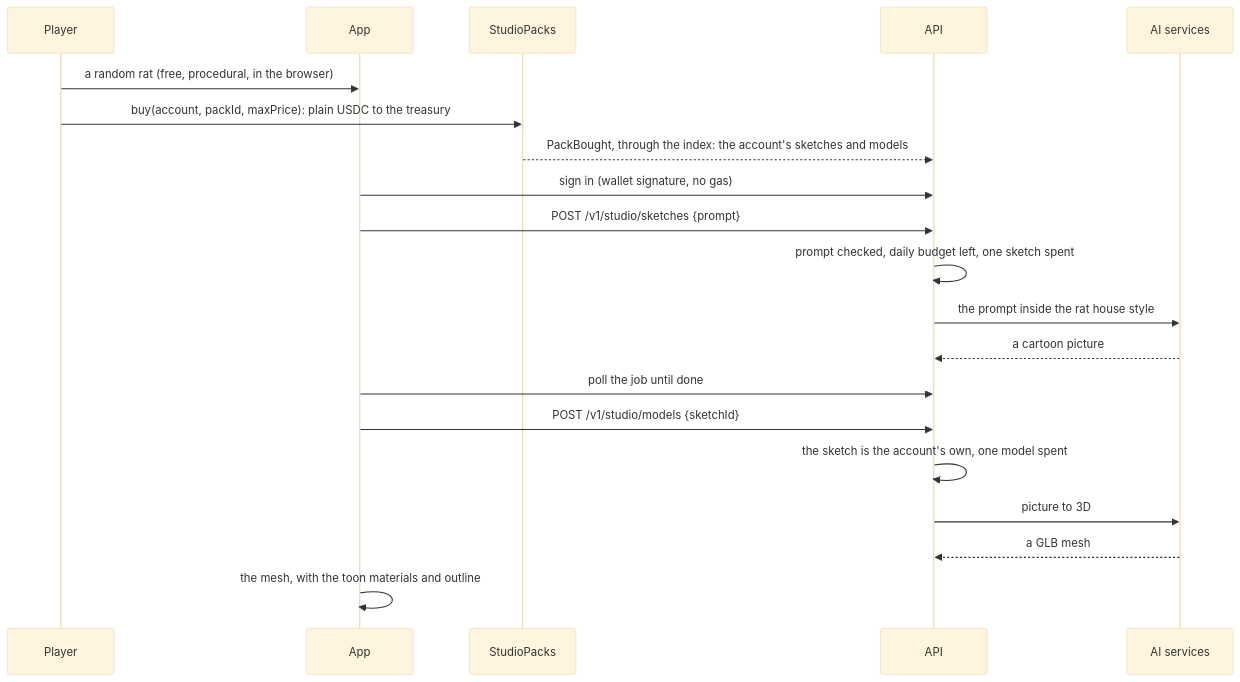
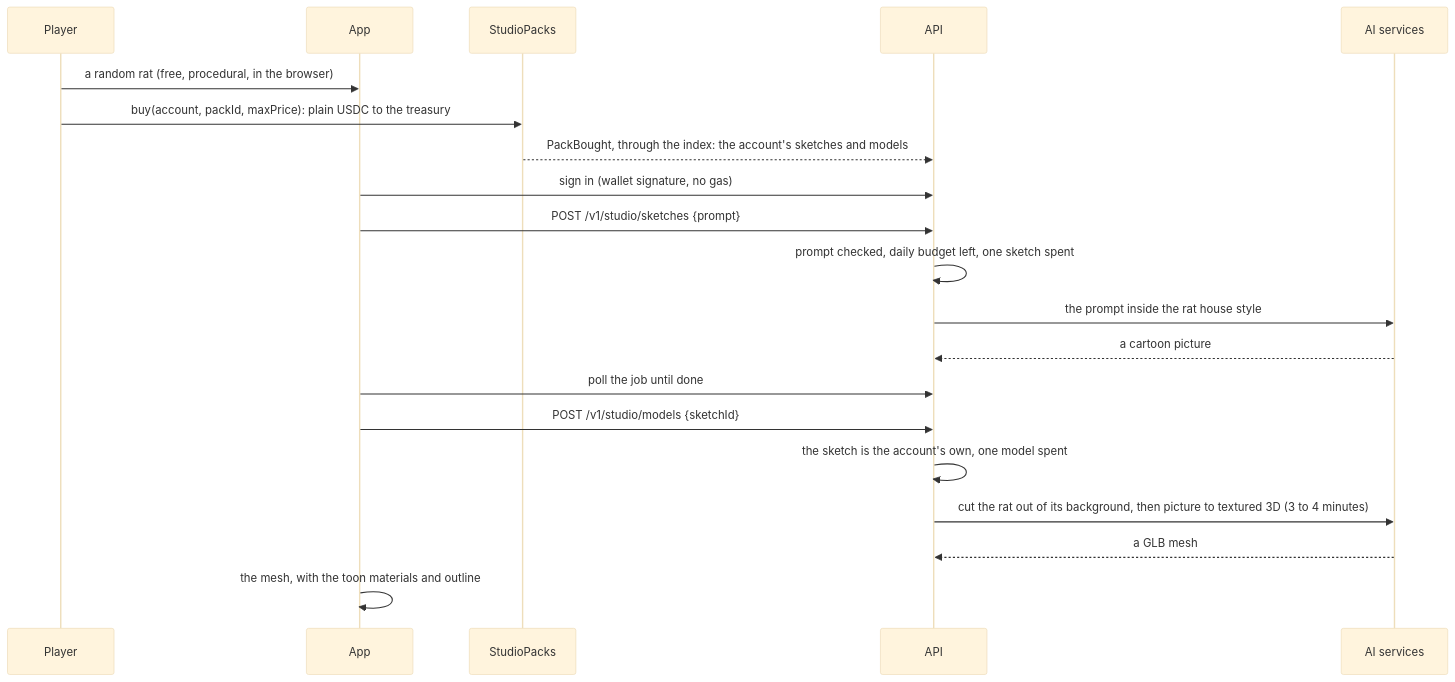
Before and after one commit to jecombe/do_not_open: diagram 19 of 28 in docs/FLOWS.md, drawn with Mermaid (base theme). The commit also changed 12 other files, not shown here.

Commit message:
Cut the rat out of its sketch and model it with Hunyuan3D, so the studio makes a real textured 3D rat instead of a black card

````diff
--- a/docs/FLOWS.md
+++ b/docs/FLOWS.md
@@ -630,22 +630,22 @@
 ```mermaid
 sequenceDiagram
   participant U as Player
   participant App
   participant SP as StudioPacks
   participant API
   participant AI as AI services
   U->>App: a random rat (free, procedural, in the browser)
   U->>SP: buy(account, packId, maxPrice): plain USDC to the treasury
   SP-->>API: PackBought, through the index: the account's sketches and models
   App->>API: sign in (wallet signature, no gas)
   App->>API: POST /v1/studio/sketches {prompt}
   API->>API: prompt checked, daily budget left, one sketch spent
   API->>AI: the prompt inside the rat house style
   AI-->>API: a cartoon picture
   App->>API: poll the job until done
   App->>API: POST /v1/studio/models {sketchId}
   API->>API: the sketch is the account's own, one model spent
-  API->>AI: picture to 3D
+  API->>AI: cut the rat out of its background, then picture to textured 3D (3 to 4 minutes)
   AI-->>API: a GLB mesh
   App->>App: the mesh, with the toon materials and outline
 ```
````
